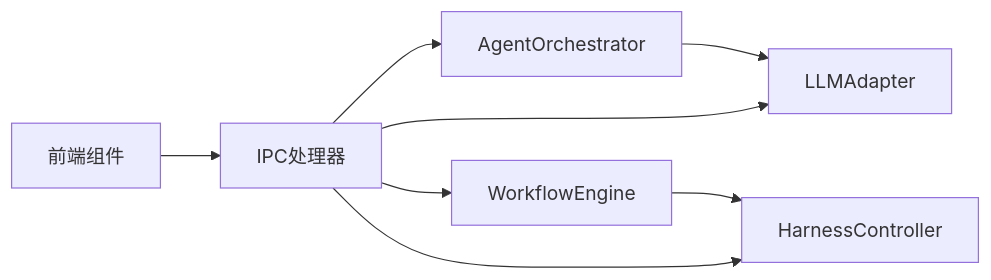
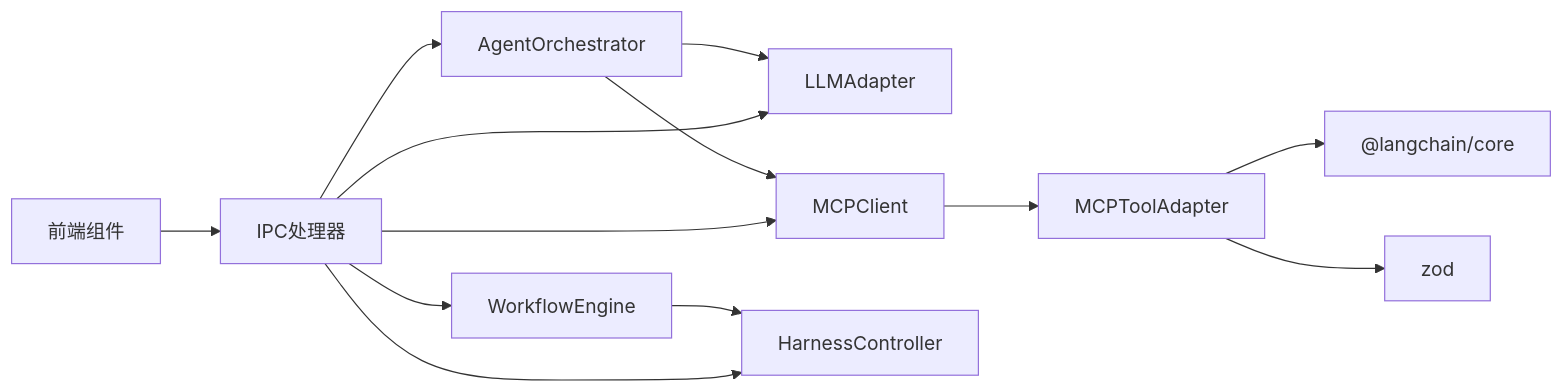
One commit to haolange/RDC-Agent changed the tenth of 10 diagrams in .qoder/repowiki/zh/content/架构设计/Agent编排系统.md. Above: the diagram before and after it, drawn with Mermaid. The commit also changed other lines of this file and 3483 other files, not shown here.

````diff
--- a/.qoder/repowiki/zh/content/架构设计/Agent编排系统.md
+++ b/.qoder/repowiki/zh/content/架构设计/Agent编排系统.md
@@ -366,10 +521,15 @@
 ```mermaid
 graph LR
 AO["AgentOrchestrator"] --> LLMA["LLMAdapter"]
+AO --> MCP["MCPClient"]
 WF["WorkflowEngine"] --> HC["HarnessController"]
 IPC["IPC处理器"] --> AO
 IPC --> WF
 IPC --> HC
 IPC --> LLMA
+IPC --> MCP
 FE["前端组件"] --> IPC
+MCP --> MT["MCPToolAdapter"]
+MT --> LC["@langchain/core"]
+MT --> ZD["zod"]
 ```
````
